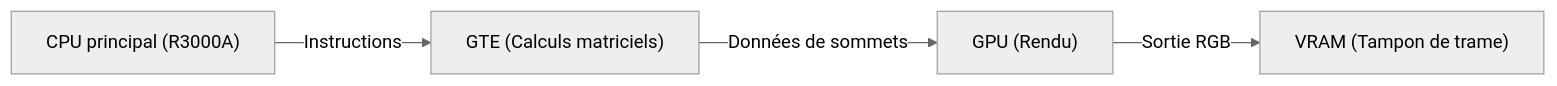
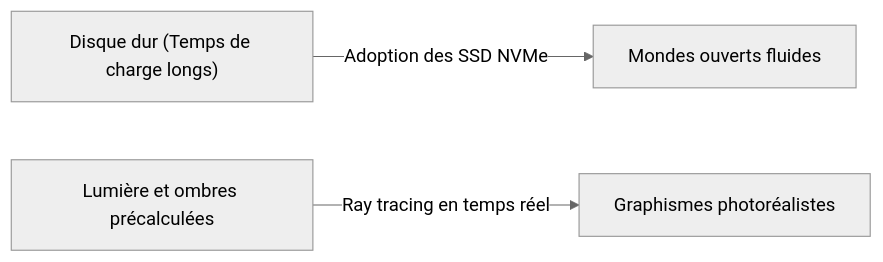
Before and after one commit to kenjinote/blog: the second of 2 diagrams in content/post/history-of-video-game-consoles/index.fr.md, drawn with Mermaid (neutral theme). The commit also changed other lines of this file and 129 other files, not shown here.

````diff
--- a/content/post/history-of-video-game-consoles/index.fr.md
+++ b/content/post/history-of-video-game-consoles/index.fr.md
@@ -79,6 +61,5 @@
 ```mermaid
 graph LR
-    CPU["CPU principal (R3000A)"] -- "Instructions" --> GTE["GTE (Calculs matriciels)"]
-    GTE -- "Données de sommets" --> GPU["GPU (Rendu)"]
-    GPU -- "Sortie RGB" --> VRAM["VRAM (Tampon de trame)"]
+  A["Disque dur (Temps de charge longs)"] -- "Adoption des SSD NVMe" --> B["Mondes ouverts fluides"]
+  C["Lumière et ombres précalculées"] -- "Ray tracing en temps réel" --> D["Graphismes photoréalistes"]
 ```
````
